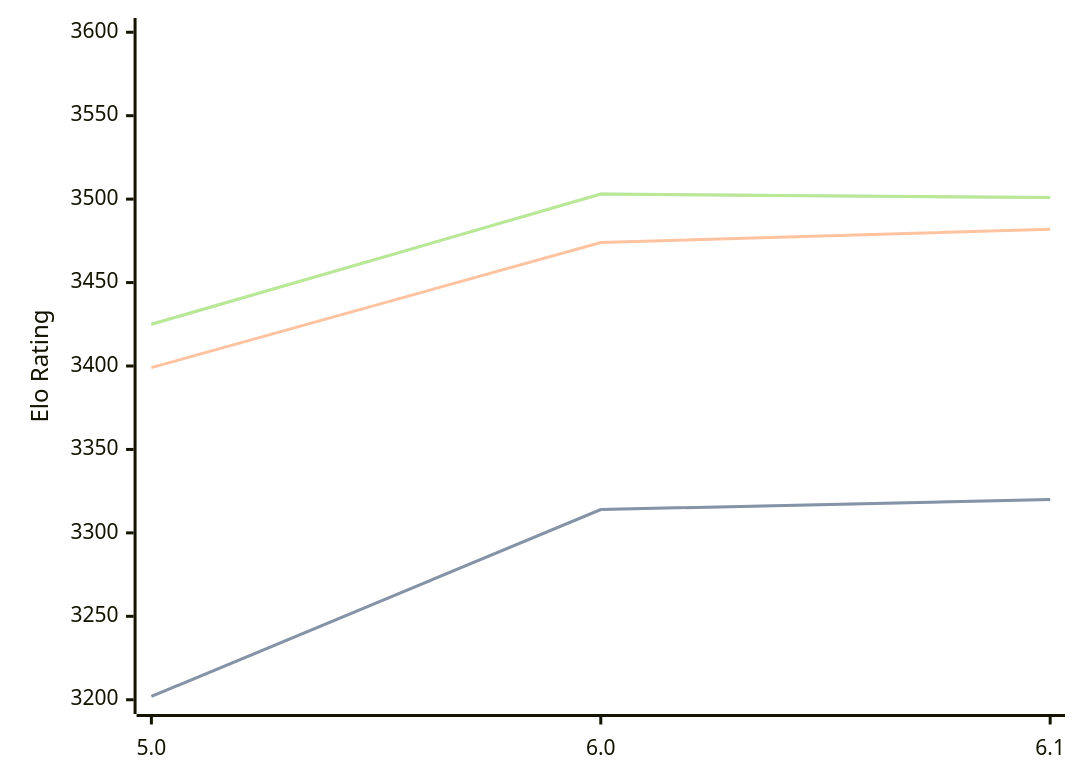
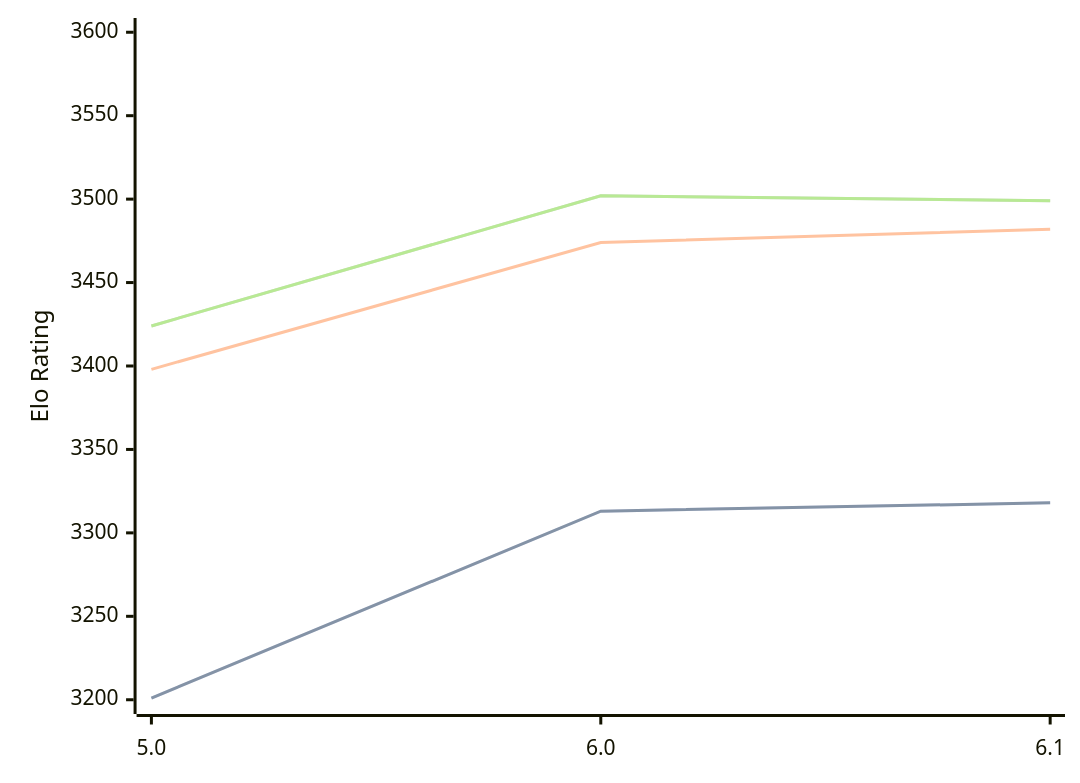
One commit to computer-chess-index/cci changed the diagram in engines/Starzix.md. Above: the diagram before and after it, drawn with Mermaid. The commit also changed other lines of this file, not shown here.

Commit message:
Update CCI Ratings (ELO VLTC) - 2026-08-03

````diff
--- a/engines/Starzix.md
+++ b/engines/Starzix.md
@@ -37,11 +37,11 @@
 ```mermaid
 %%{init: {"theme":"base","themeVariables":{"seriesColors:['#a3a3a3','#222221','#faa371']}}}%%
 xychart-beta
   x-axis ["5.0", "6.0", "6.1"]
   y-axis "Elo Rating" 3200 --> 3600
-  line "STC (8.0+0.08s)" [3202, 3314, 3320]
-  line "STC (8.0+0.08s)" [3202, 3314, 3320]
-  line "LTC (60.0+0.60s)" [3399, 3474, 3482]
-  line "VLTC (2m24s+1.12s)" [3425, 3503, 3501]
-  line "VLTC (2m24s+1.12s)" [3425, 3503, 3501]
+  line "STC (8.0+0.08s)" [3201, 3313, 3318]
+  line "STC (8.0+0.08s)" [3201, 3313, 3318]
+  line "LTC (60.0+0.60s)" [3398, 3474, 3482]
+  line "VLTC (2m24s+1.12s)" [3424, 3502, 3499]
+  line "VLTC (2m24s+1.12s)" [3424, 3502, 3499]
 ```
````
